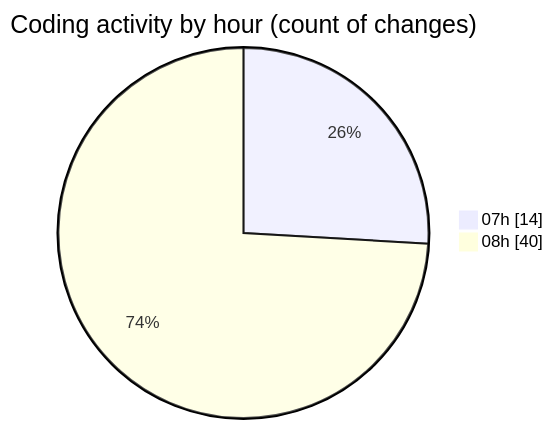
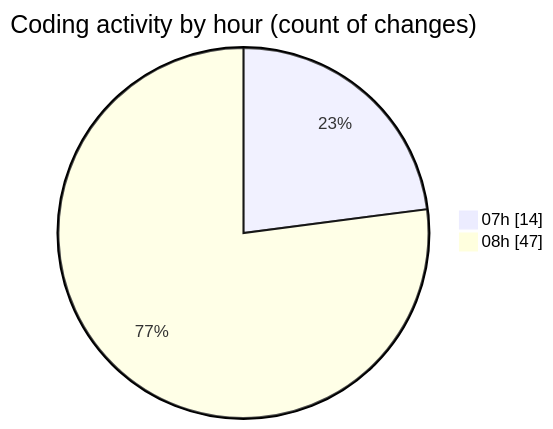
One commit to robertbonfada/code-tracking changed the second of 2 diagrams in 2025-02-05/mbc-web/README.md. Above: the diagram before and after it, drawn with Mermaid. The commit also changed other lines of this file and 1 other file, not shown here.

````diff
--- a/2025-02-05/mbc-web/README.md
+++ b/2025-02-05/mbc-web/README.md
@@ -34,6 +38,6 @@
 ```mermaid
 pie showData
 title Coding activity by hour (count of changes)
 "07h" : 14
-"08h" : 40
+"08h" : 47
 ```
````
